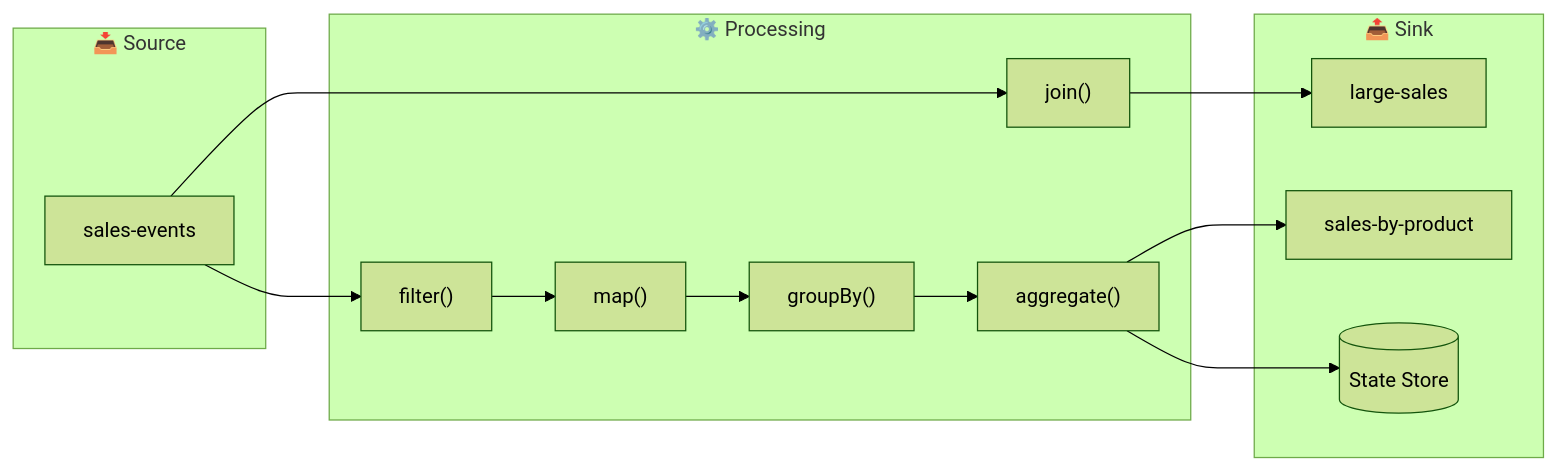
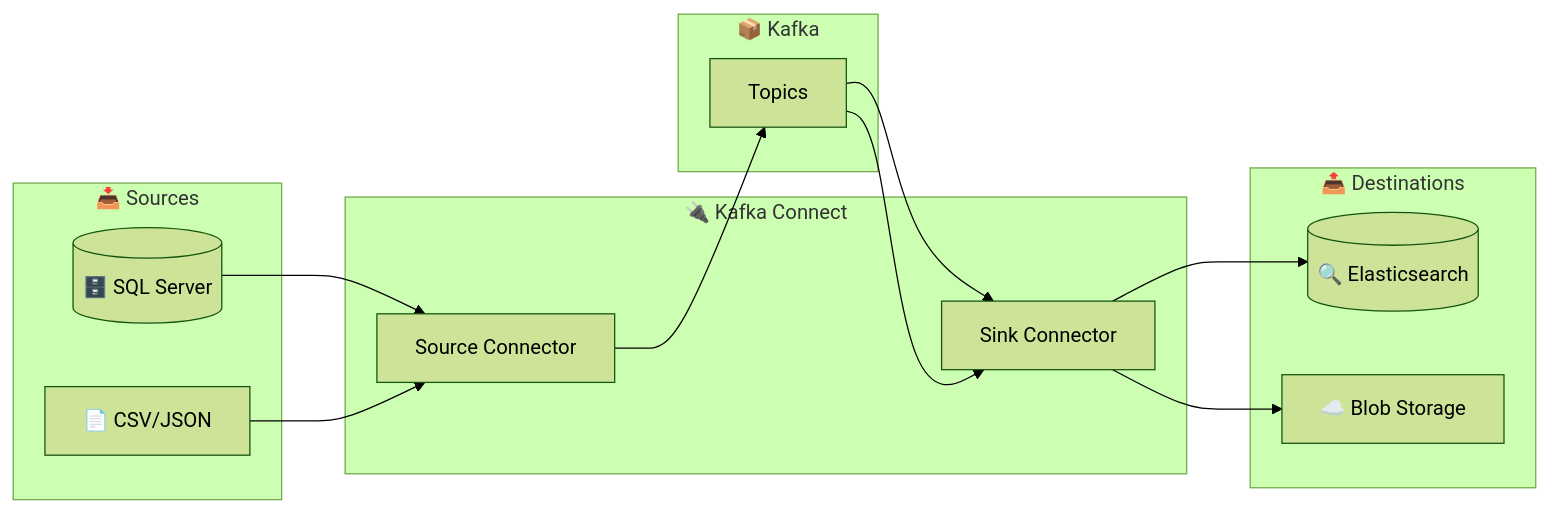
Before and after one commit to msellamiTN/formation--kafka-dotnet: the fifth of 6 diagrams in day-02-development/README.md, drawn with Mermaid (forest theme). The commit also changed other lines of this file and 126 other files, not shown here.

````diff
--- a/day-02-development/README.md
+++ b/day-02-development/README.md
@@ -92,24 +263,26 @@
 ```mermaid
 flowchart LR
-    subgraph Source["📥 Source"]
-        IN["sales-events"]
+    subgraph Sources["📥 Sources"]
+        DB[("🗄️ SQL Server")]
+        FILE["📄 CSV/JSON"]
     end
-    
-    subgraph Processing["⚙️ Processing"]
-        F["filter()"]
-        M["map()"]
-        GB["groupBy()"]
-        AGG["aggregate()"]
-        J["join()"]
+
+    subgraph Connect["🔌 Kafka Connect"]
+        SC["Source Connector"]
+        SK["Sink Connector"]
     end
-    
-    subgraph Sink["📤 Sink"]
-        OUT1["large-sales"]
-        OUT2["sales-by-product"]
-        SS[("State Store")]
+
+    subgraph Kafka["📦 Kafka"]
+        T["Topics"]
     end
-    
-    IN --> F --> M --> GB --> AGG --> OUT2
-    AGG --> SS
-    IN --> J --> OUT1
+
+    subgraph Sinks["📤 Destinations"]
+        ES[("🔍 Elasticsearch")]
+        S3["☁️ Blob Storage"]
+    end
+
+    DB --> SC --> T
+    FILE --> SC
+    T --> SK --> ES
+    T --> SK --> S3
 ```
````
